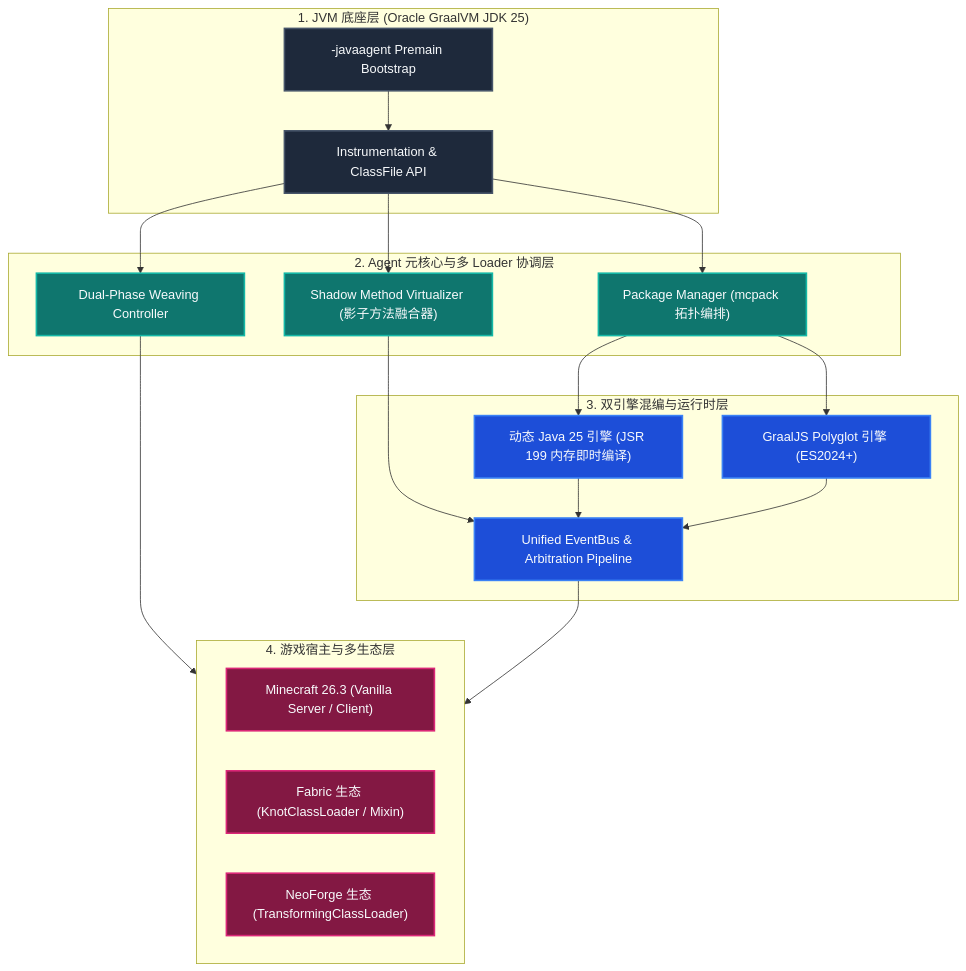
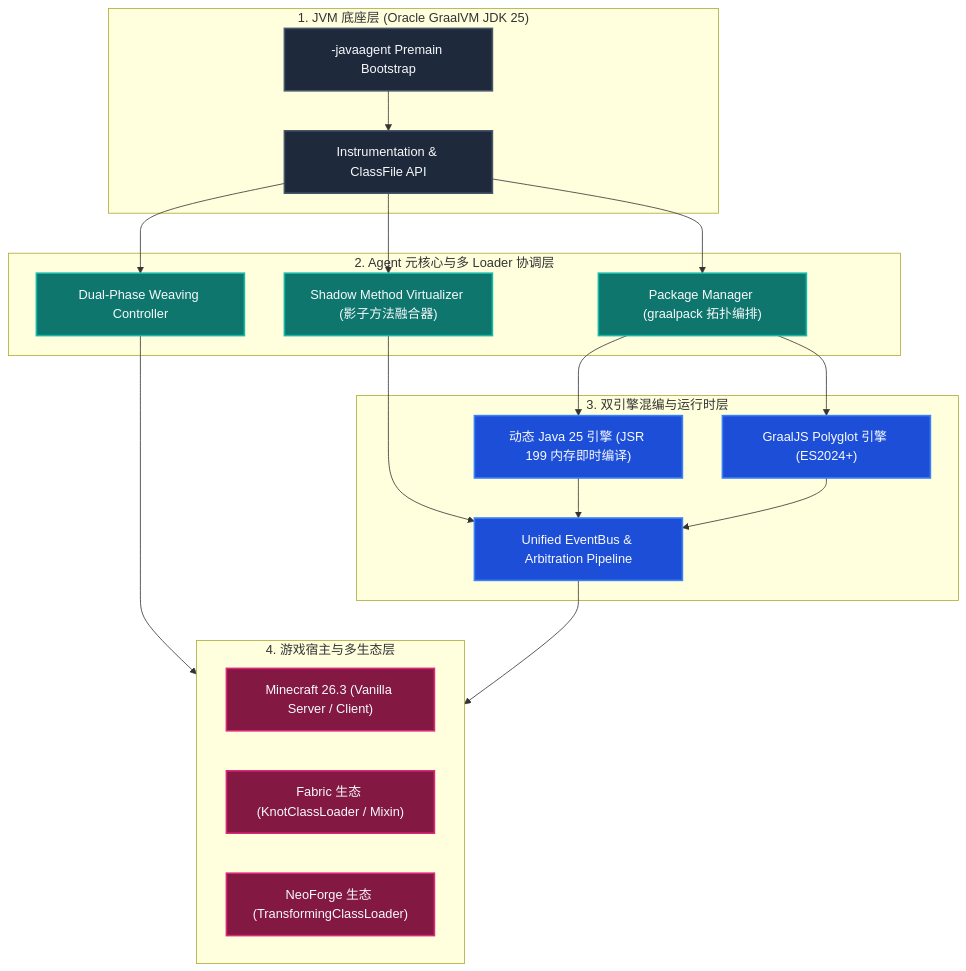
Before and after one commit to nooooocato/graal-agent: the diagram in docs/Architecture.md, drawn with Mermaid. The commit also changed other lines of this file and 61 other files, not shown here.

Commit message:
refactor(rename): rename mc-agent to graal-agent, mcpack to graalpack, and com.mcagent to com.graalagent

````diff
--- a/docs/Architecture.md
+++ b/docs/Architecture.md
@@ -19,42 +19,42 @@
 ```mermaid
 graph TD
     classDef jvmLayer fill:#1e293b,stroke:#475569,stroke-width:2px,color:#f8fafc;
     classDef agentLayer fill:#0f766e,stroke:#14b8a6,stroke-width:2px,color:#f8fafc;
     classDef engineLayer fill:#1d4ed8,stroke:#3b82f6,stroke-width:2px,color:#f8fafc;
     classDef gameLayer fill:#831843,stroke:#db2777,stroke-width:2px,color:#f8fafc;
 
     subgraph JVM ["1. JVM 底座层 (Oracle GraalVM JDK 25)"]
         A["-javaagent Premain Bootstrap"]:::jvmLayer
         B["Instrumentation & ClassFile API"]:::jvmLayer
     end
 
     subgraph MetaCore ["2. Agent 元核心与多 Loader 协调层"]
-        C["Package Manager (mcpack 拓扑编排)"]:::agentLayer
+        C["Package Manager (graalpack 拓扑编排)"]:::agentLayer
         D["Shadow Method Virtualizer (影子方法融合器)"]:::agentLayer
         E["Dual-Phase Weaving Controller"]:::agentLayer
     end
 
     subgraph Polyglot ["3. 双引擎混编与运行时层"]
         F["动态 Java 25 引擎 (JSR 199 内存即时编译)"]:::engineLayer
         G["GraalJS Polyglot 引擎 (ES2024+)"]:::engineLayer
         H["Unified EventBus & Arbitration Pipeline"]:::engineLayer
     end
 
     subgraph GameTarget ["4. 游戏宿主与多生态层"]
         I["Minecraft 26.3 (Vanilla Server / Client)"]:::gameLayer
         J["Fabric 生态 (KnotClassLoader / Mixin)"]:::gameLayer
         K["NeoForge 生态 (TransformingClassLoader)"]:::gameLayer
     end
 
     A --> B
     B --> C
     B --> D
     B --> E
     C --> F
     C --> G
     D --> H
     E --> GameTarget
     F --> H
     G --> H
     H --> GameTarget
 ```
````
